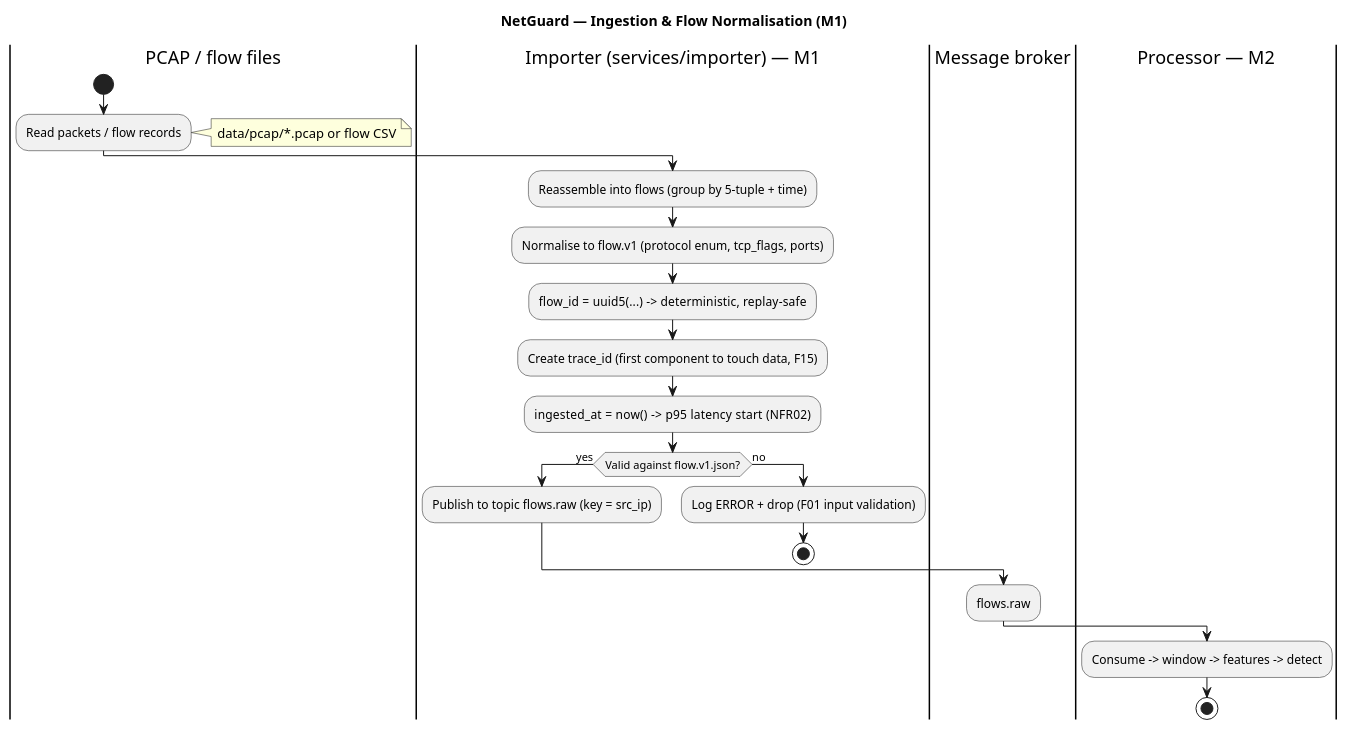
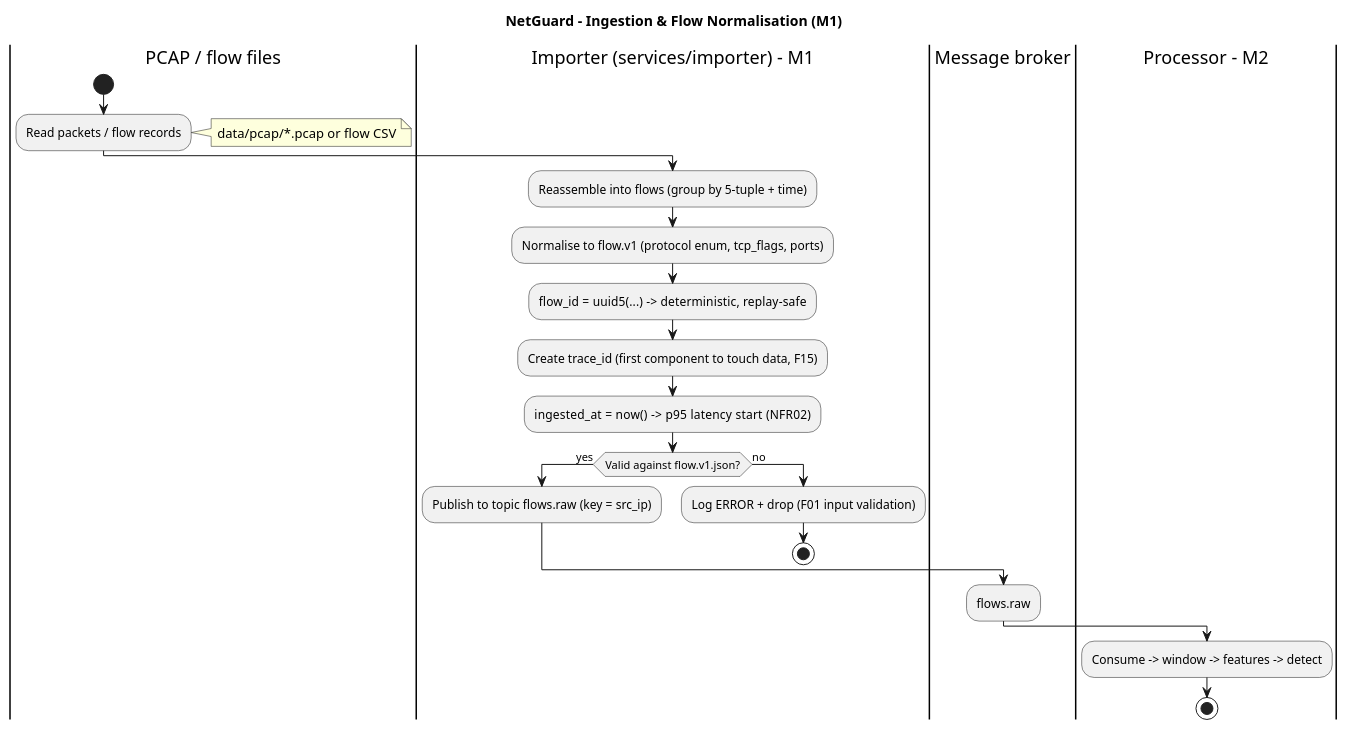
Before and after one commit to k1borg32/Netguard: the diagram in Docs/ArchitectureDocument/diagrams/ingestion_dataflow.puml, drawn with PlantUML. The commit also changed 2 other files, not shown here.

Commit message:
Plain punctuation in the ingestion section
Same style as the rest of the docs: plain hyphens instead of dashes,
"section N" instead of section signs, final newlines. Also drops the
last "Spec §8" reference.

```diff
--- a/Docs/ArchitectureDocument/diagrams/ingestion_dataflow.puml
+++ b/Docs/ArchitectureDocument/diagrams/ingestion_dataflow.puml
@@ -1,29 +1,29 @@
 @startuml netguard_ingestion_dataflow
-title NetGuard — Ingestion & Flow Normalisation (M1)
+title NetGuard - Ingestion & Flow Normalisation (M1)
 skinparam shadowing false
 
 |PCAP / flow files|
 start
 :Read packets / flow records;
 note right: data/pcap/*.pcap or flow CSV
 
-|Importer (services/importer) — M1|
+|Importer (services/importer) - M1|
 :Reassemble into flows (group by 5-tuple + time);
 :Normalise to flow.v1 (protocol enum, tcp_flags, ports);
 :flow_id = uuid5(...)   -> deterministic, replay-safe;
 :Create trace_id (first component to touch data, F15);
 :ingested_at = now()    -> p95 latency start (NFR02);
 if (Valid against flow.v1.json?) then (yes)
   :Publish to topic flows.raw (key = src_ip);
 else (no)
   :Log ERROR + drop (F01 input validation);
   stop
 endif
 
 |Message broker|
 :flows.raw;
 
-|Processor — M2|
+|Processor - M2|
 :Consume -> window -> features -> detect;
 stop
 @enduml
```
